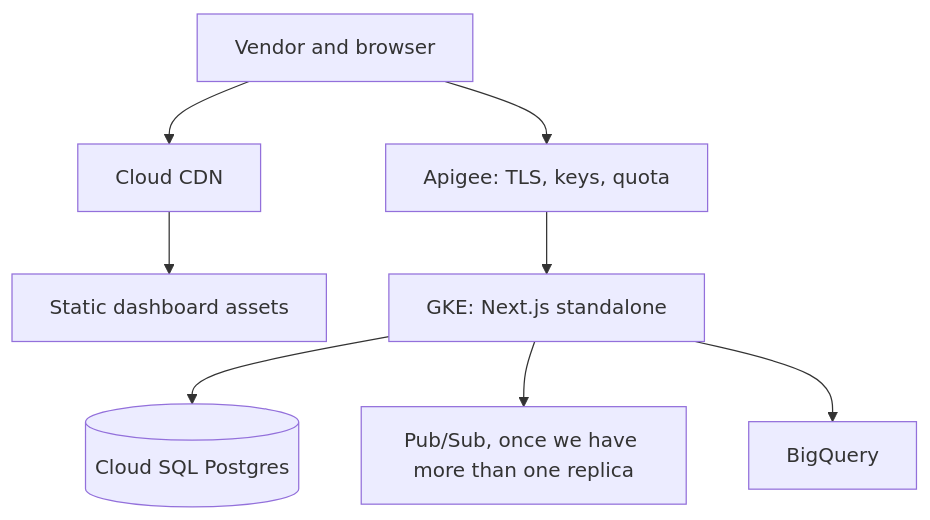
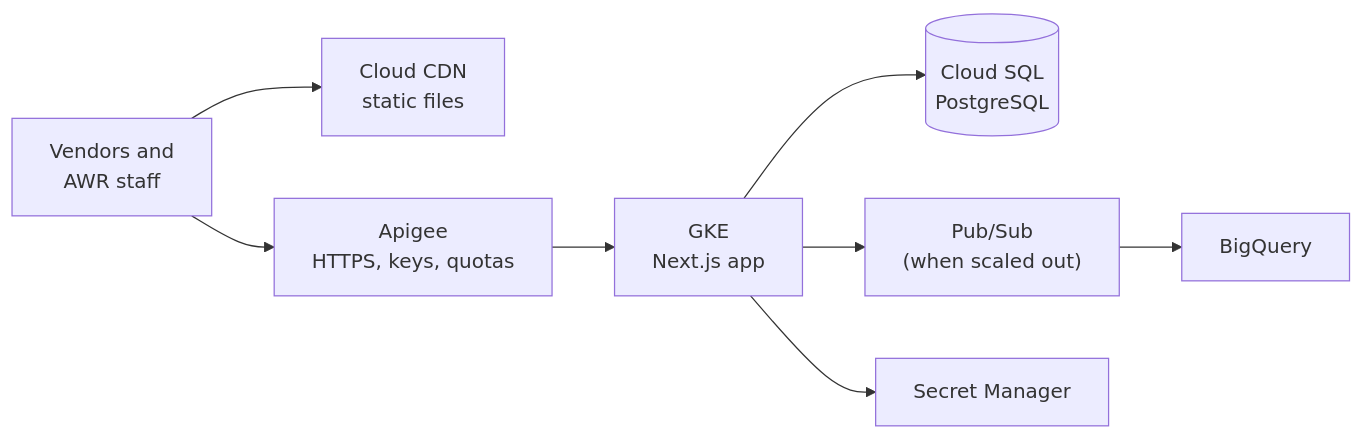
The tenth of 11 diagrams in docs/deliverable-2-presentation-content.md (hiteshpachpor/awr-vehicle-logistics), drawn with Mermaid before and after one commit. The commit also changed other lines of this file and 2 other files, not shown here.

````diff
--- a/docs/deliverable-2-presentation-content.md
+++ b/docs/deliverable-2-presentation-content.md
@@ -659,10 +718,10 @@
 ```mermaid
-flowchart TB
-  Client[Vendor and browser] --> Apigee[Apigee: TLS, keys, quota]
-  Client --> CDN[Cloud CDN]
-  CDN --> Assets[Static dashboard assets]
-  Apigee --> GKE[GKE: Next.js standalone]
-  GKE --> SQL[(Cloud SQL Postgres)]
-  GKE --> PubSub[Pub/Sub, once we have more than one replica]
-  GKE --> BQ[BigQuery]
+flowchart LR
+  Users["Vendors and<br/>AWR staff"] --> CDN["Cloud CDN<br/>static files"]
+  Users --> Apigee["Apigee<br/>HTTPS, keys, quotas"]
+  Apigee --> GKE["GKE<br/>Next.js app"]
+  GKE --> SQL[("Cloud SQL<br/>PostgreSQL")]
+  GKE --> PubSub["Pub/Sub<br/>(when scaled out)"]
+  PubSub --> BQ["BigQuery"]
+  GKE --> SM["Secret Manager"]
 ```
````
